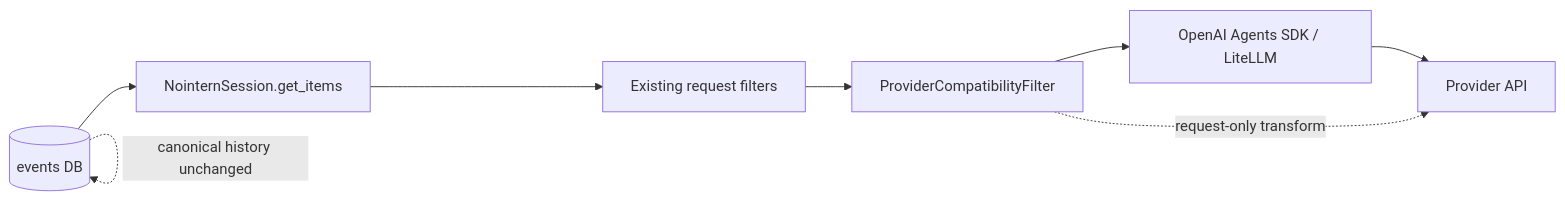
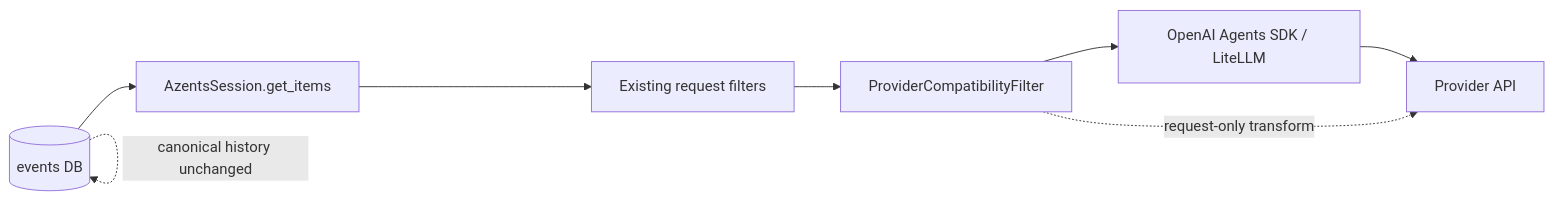
The first of 2 diagrams in docs/azents/design/compat-260503-compat-layer-2026.md (azents/azents), drawn with Mermaid before and after one commit. The commit also changed other lines of this file and 245 other files, not shown here.

````diff
--- a/docs/azents/design/compat-260503-compat-layer-2026.md
+++ b/docs/azents/design/compat-260503-compat-layer-2026.md
@@ -110,11 +110,11 @@
 ```mermaid
 flowchart LR
-    DB[(events DB)] --> Session[NointernSession.get_items]
+    DB[(events DB)] --> Session[AzentsSession.get_items]
     Session --> Filters[Existing request filters]
     Filters --> Compat[ProviderCompatibilityFilter]
     Compat --> SDK[OpenAI Agents SDK / LiteLLM]
     SDK --> Provider[Provider API]
 
     Compat -. request-only transform .-> Provider
     DB -. canonical history unchanged .-> DB
 ```
````
